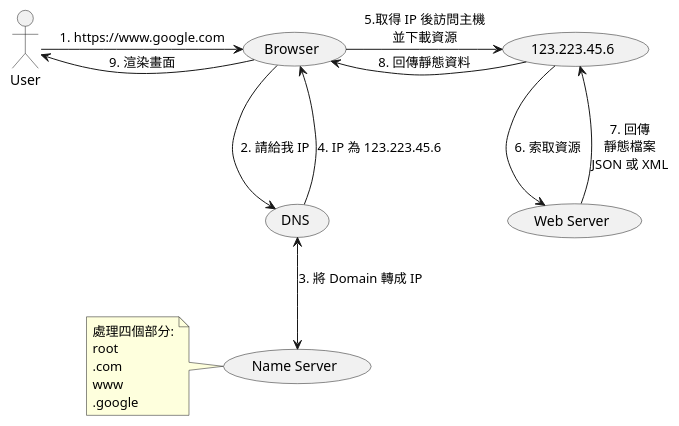
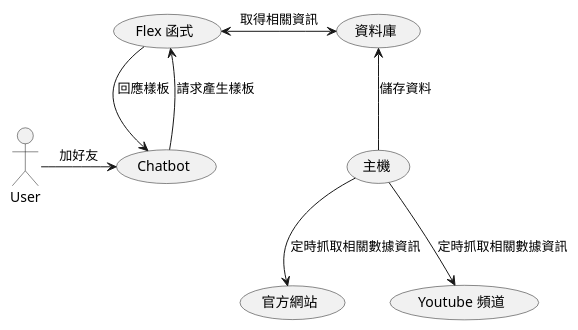
Before and after one commit to louis70109/nijia-blog-backup: the diagram in source/diagrams/src/pleague.wsd, drawn with PlantUML. The commit also changed 6 other files, not shown here.

```diff
--- a/source/diagrams/src/pleague.wsd
+++ b/source/diagrams/src/pleague.wsd
@@ -1,18 +1,10 @@
 @startuml
-User -> (Browser): 1. https://www.google.com
-(Browser) -down-> (DNS): 2. 請給我 IP
-(DNS) <--> (Name Server): 3. 將 Domain 轉成 IP
-(DNS) --> (Browser): 4. IP 為 123.223.45.6
-(Browser) -right-> (123.223.45.6): 5.取得 IP 後訪問主機\n並下載資源
-(123.223.45.6) --> (Web Server): 6. 索取資源
-(Web Server) -right-> (123.223.45.6): 7. 回傳\n靜態檔案\nJSON 或 XML
-(123.223.45.6) -> (Browser): 8. 回傳靜態資料
-(Browser) -right-> User: 9. 渲染畫面
-note left of (Name Server)
-  處理四個部分:
-  root
-  .com
-  www
-  .google
-end note
+User -right-> (Chatbot): 加好友
+(Chatbot) -up-> (Flex 函式): 請求產生樣板
+(Flex 函式) <-right-> (資料庫): 取得相關資訊
+(Flex 函式) -> (Chatbot): 回應樣板
+
+(主機) -down-> (官方網站): 定時抓取相關數據資訊
+(主機) -down-> (Youtube 頻道): 定時抓取相關數據資訊
+(主機) -up-> (資料庫): 儲存資料
 @enduml
```
